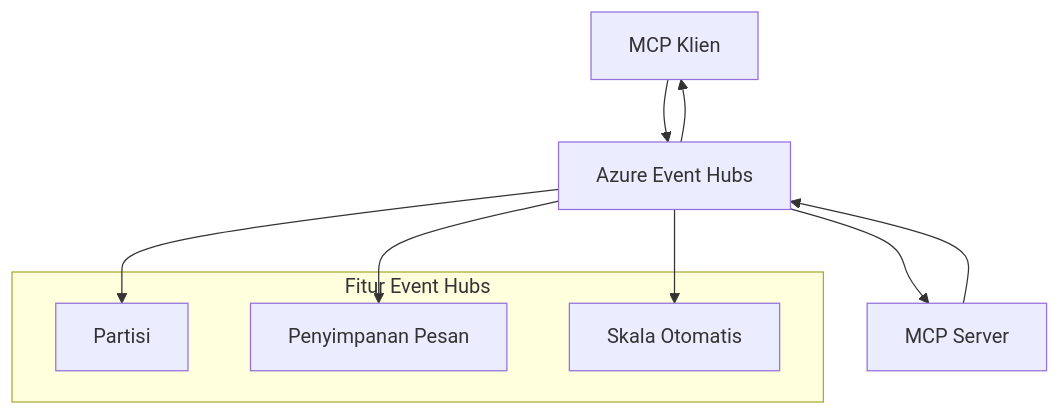
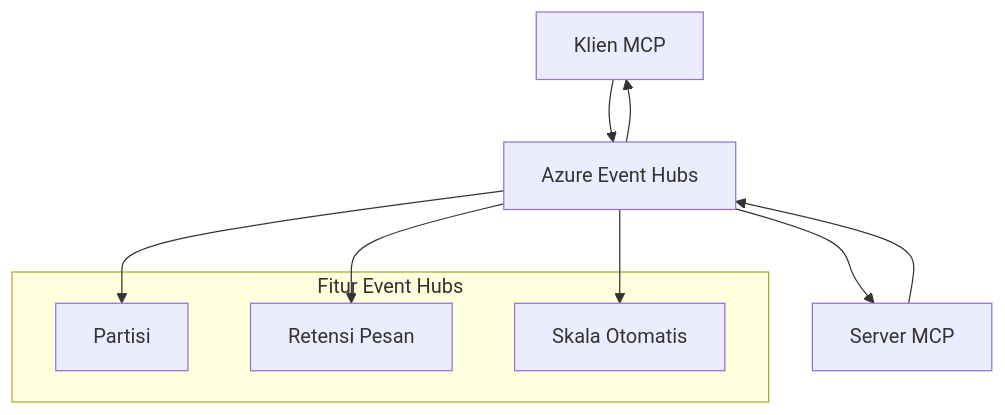
The second of 2 diagrams in mcp_ecosystem__model_context_protocol/mcp_learning_resources/mcp-for-beginners/translations/id/05-AdvancedTopics/mcp-transport/README.md (HIDORAKAI002/ai-workspace-archive), drawn with Mermaid before and after one commit. The commit also changed other lines of this file and 1046 other files, not shown here.

````diff
--- a/mcp_ecosystem__model_context_protocol/mcp_learning_resources/mcp-for-beginners/translations/id/05-AdvancedTopics/mcp-transport/README.md
+++ b/mcp_ecosystem__model_context_protocol/mcp_learning_resources/mcp-for-beginners/translations/id/05-AdvancedTopics/mcp-transport/README.md
@@ -270,17 +272,17 @@
 ```mermaid
 graph TB
-    Client[MCP Klien] --> EH[Azure Event Hubs]
-    EH --> Server[MCP Server]
+    Client[Klien MCP] --> EH[Azure Event Hubs]
+    EH --> Server[Server MCP]
     Server --> EH
     EH --> Client
     
     subgraph "Fitur Event Hubs"
         Partition[Partisi]
-        Retention[Penyimpanan Pesan]
+        Retention[Retensi Pesan]
         Scaling[Skala Otomatis]
     end
     
     EH --> Partition
     EH --> Retention
     EH --> Scaling
 ```
````
